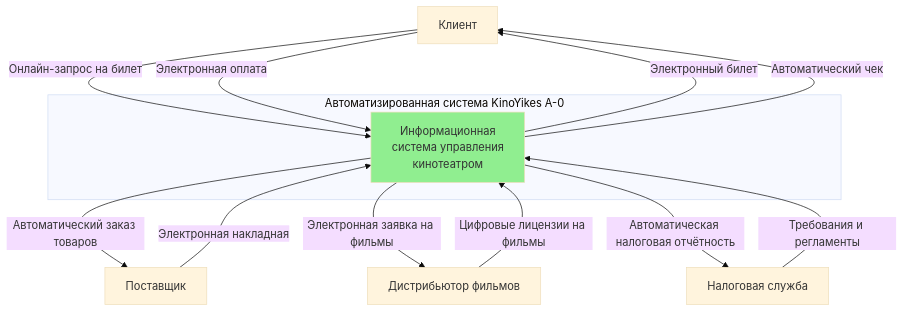
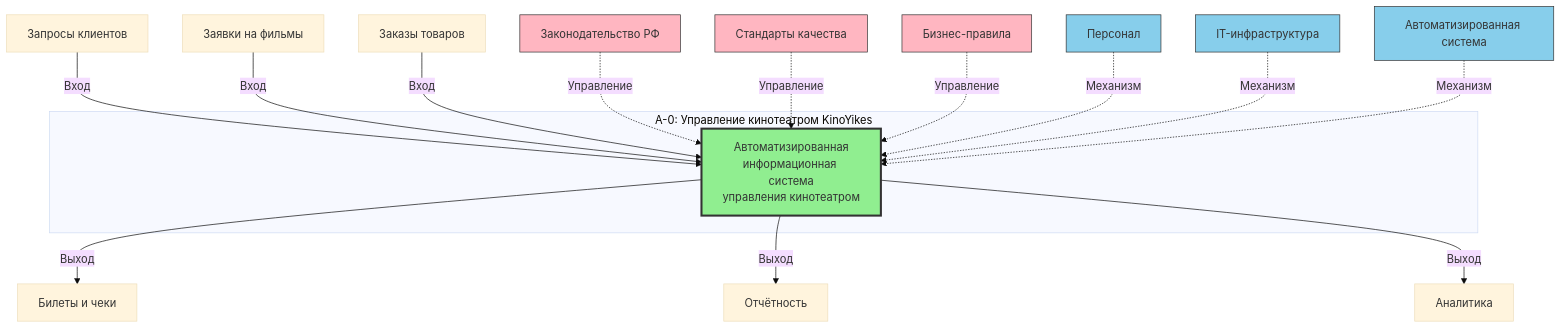
The first of 3 diagrams in README.md (denly1/trpo5), drawn with Mermaid (base theme) before and after one commit. The commit also changed other lines of this file, not shown here.

Commit message:
Add TO-BE IDEF0 diagrams A-0 and A0 for KinoYikes

````diff
--- a/README.md
+++ b/README.md
@@ -41,27 +39,46 @@
 ```mermaid
 graph TB
-    Client[Клиент]
-    Supplier[Поставщик]
-    Distributor[Дистрибьютор фильмов]
-    TaxOffice[Налоговая служба]
+    Input1[Запросы клиентов]
+    Input2[Заявки на фильмы]
+    Input3[Заказы товаров]
     
-    subgraph "Автоматизированная система KinoYikes A-0"
-        MainProcess[Информационная<br/>система управления<br/>кинотеатром]
+    Control1[Законодательство РФ]
+    Control2[Стандарты качества]
+    Control3[Бизнес-правила]
+    
+    Mechanism1[Персонал]
+    Mechanism2[IT-инфраструктура]
+    Mechanism3[Автоматизированная система]
+    
+    Output1[Билеты и чеки]
+    Output2[Отчётность]
+    Output3[Аналитика]
+    
+    subgraph Process["A-0: Управление кинотеатром KinoYikes"]
+        MainBox[Автоматизированная<br/>информационная система<br/>управления кинотеатром]
     end
     
-    Client -->|Онлайн-запрос на билет| MainProcess
-    Client -->|Электронная оплата| MainProcess
-    MainProcess -->|Электронный билет| Client
-    MainProcess -->|Автоматический чек| Client
+    Input1 -->|Вход| MainBox
+    Input2 -->|Вход| MainBox
+    Input3 -->|Вход| MainBox
     
-    Supplier -->|Электронная накладная| MainProcess
-    MainProcess -->|Автоматический заказ товаров| Supplier
+    Control1 -.->|Управление| MainBox
+    Control2 -.->|Управление| MainBox
+    Control3 -.->|Управление| MainBox
     
-    Distributor -->|Цифровые лицензии на фильмы| MainProcess
-    MainProcess -->|Электронная заявка на фильмы| Distributor
+    Mechanism1 -.->|Механизм| MainBox
+    Mechanism2 -.->|Механизм| MainBox
+    Mechanism3 -.->|Механизм| MainBox
     
-    MainProcess -->|Автоматическая налоговая отчётность| TaxOffice
-    TaxOffice -->|Требования и регламенты| MainProcess
+    MainBox -->|Выход| Output1
+    MainBox -->|Выход| Output2
+    MainBox -->|Выход| Output3
     
-    style MainProcess fill:#90EE90
+    style MainBox fill:#90EE90,stroke:#333,stroke-width:3px
+    style Control1 fill:#FFB6C1,stroke:#333
+    style Control2 fill:#FFB6C1,stroke:#333
+    style Control3 fill:#FFB6C1,stroke:#333
+    style Mechanism1 fill:#87CEEB,stroke:#333
+    style Mechanism2 fill:#87CEEB,stroke:#333
+    style Mechanism3 fill:#87CEEB,stroke:#333
 ```
````
